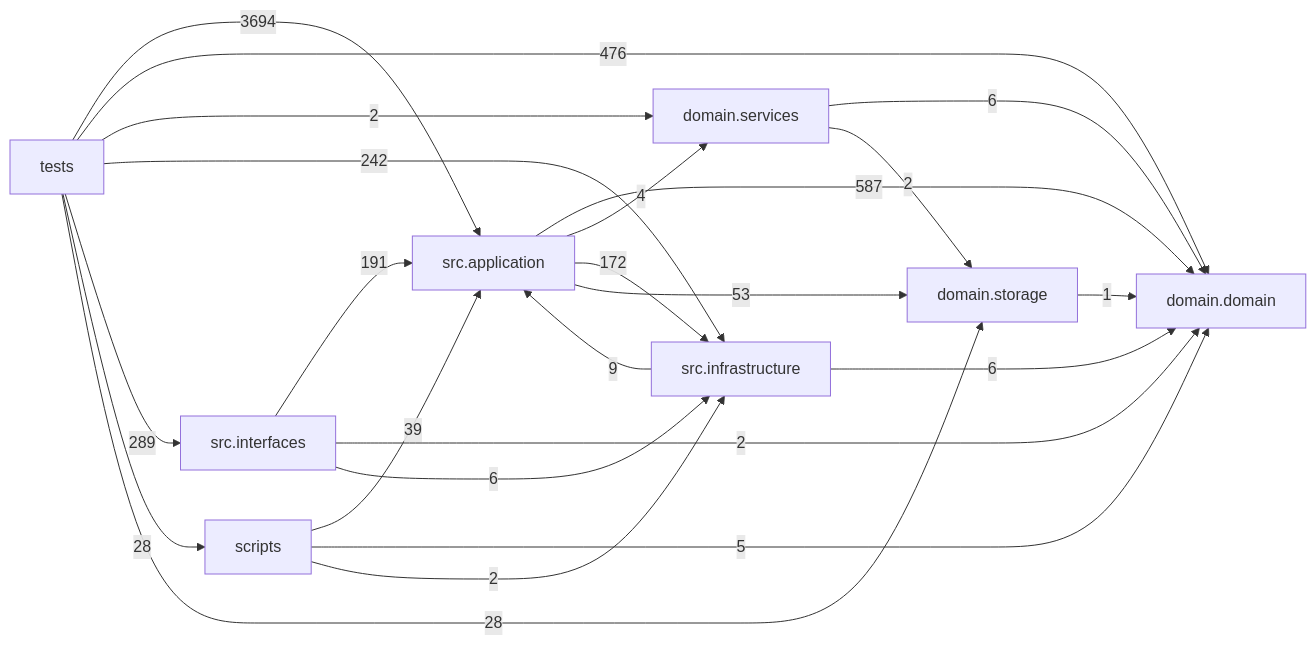
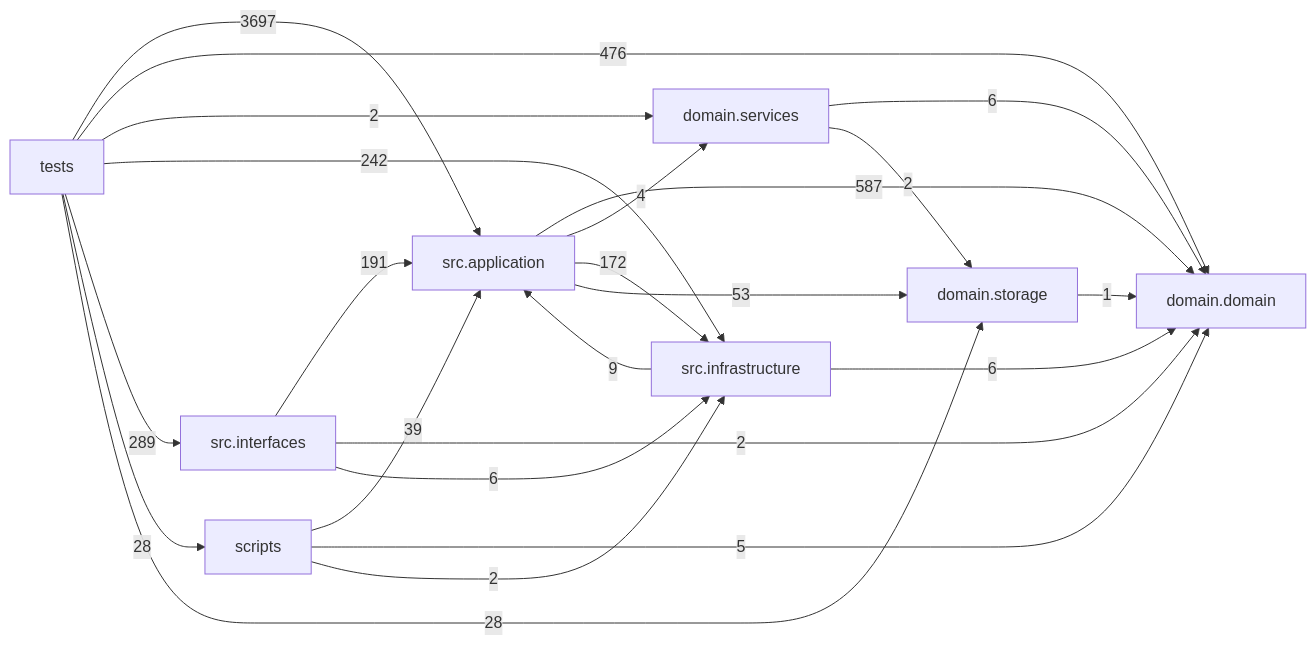
One commit to liuxie066/options-monitor changed the diagram in docs/DEPENDENCY_GRAPH.md. Above: the diagram before and after it, drawn with Mermaid. The commit also changed other lines of this file and 25 other files, not shown here.

````diff
--- a/docs/DEPENDENCY_GRAPH.md
+++ b/docs/DEPENDENCY_GRAPH.md
@@ -24,33 +24,33 @@
 ```mermaid
 flowchart LR
   tests["tests"]
   scripts["scripts"]
   interfaces["src.interfaces"]
   application["src.application"]
   infrastructure["src.infrastructure"]
   domain_services["domain.services"]
   domain["domain.domain"]
   storage["domain.storage"]
   application -->|587| domain
   application -->|4| domain_services
   application -->|172| infrastructure
   application -->|53| storage
   domain_services -->|6| domain
   domain_services -->|2| storage
   infrastructure -->|9| application
   infrastructure -->|6| domain
   interfaces -->|191| application
   interfaces -->|2| domain
   interfaces -->|6| infrastructure
   scripts -->|39| application
   scripts -->|5| domain
   scripts -->|2| infrastructure
   storage -->|1| domain
-  tests -->|3694| application
+  tests -->|3697| application
   tests -->|476| domain
   tests -->|2| domain_services
   tests -->|242| infrastructure
   tests -->|289| interfaces
   tests -->|28| scripts
   tests -->|28| storage
 ```
````
